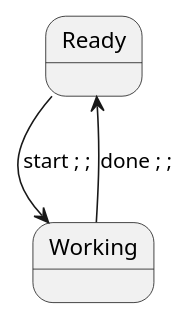
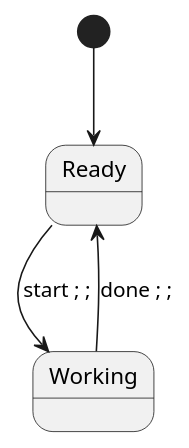
Before and after one commit to Kuniwak/puml-parallel: the diagram in examples/valid/test_sync1.puml, drawn with PlantUML. The commit also changed 7 other files, not shown here.

```diff
--- a/examples/valid/test_sync1.puml
+++ b/examples/valid/test_sync1.puml
@@ -1,6 +1,7 @@
 @startuml
 state "Ready" as r
 state "Working" as w
+[*] --> r
 r --> w : start ; ; 
 w --> r : done ; ; 
 @enduml
```
